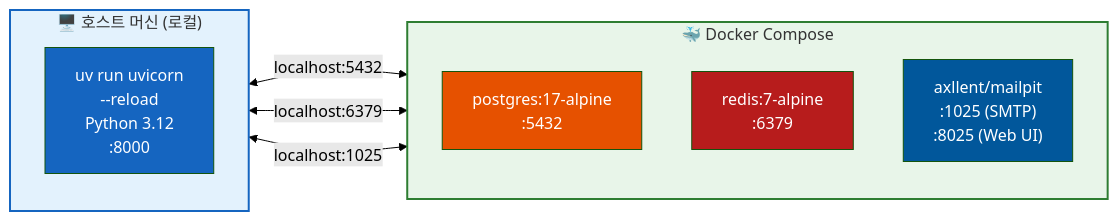
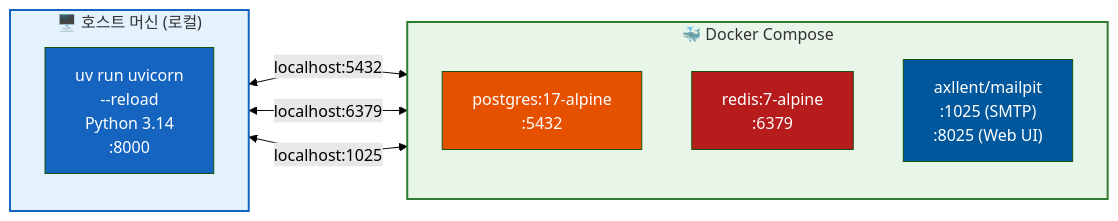
One commit to gyuha/office-works changed the third of 5 diagrams in api/README.md. Above: the diagram before and after it, drawn with Mermaid (forest theme). The commit also changed other lines of this file and 6 other files, not shown here.

````diff
--- a/api/README.md
+++ b/api/README.md
@@ -278,25 +278,25 @@
 ```mermaid
 graph LR
     subgraph host["🖥️ 호스트 머신 (로컬)"]
         direction TB
-        UV["uv run uvicorn\n--reload\nPython 3.12\n:8000"]
+        UV["uv run uvicorn\n--reload\nPython 3.14\n:8000"]
     end
 
     subgraph compose["🐳 Docker Compose"]
         direction TB
         PG["postgres:17-alpine\n:5432"]
         RD["redis:7-alpine\n:6379"]
         MP["axllent/mailpit\n:1025 (SMTP)\n:8025 (Web UI)"]
     end
 
     UV <-->|"localhost:5432"| PG
     UV <-->|"localhost:6379"| RD
     UV <-->|"localhost:1025"| MP
 
     style UV fill:#1565C0,color:#fff
     style PG fill:#E65100,color:#fff
     style RD fill:#B71C1C,color:#fff
     style MP fill:#01579B,color:#fff
     style host fill:#E3F2FD,stroke:#1565C0,stroke-width:2px
     style compose fill:#E8F5E9,stroke:#2E7D32,stroke-width:2px
 ```
````
